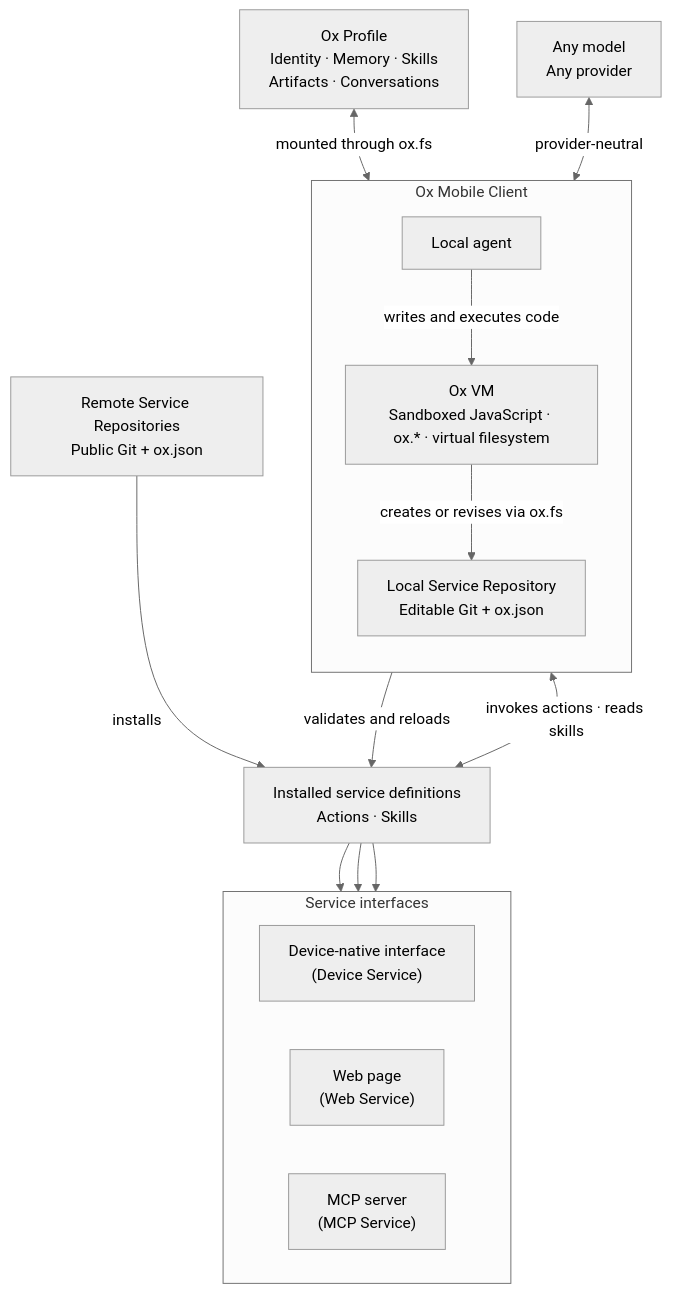
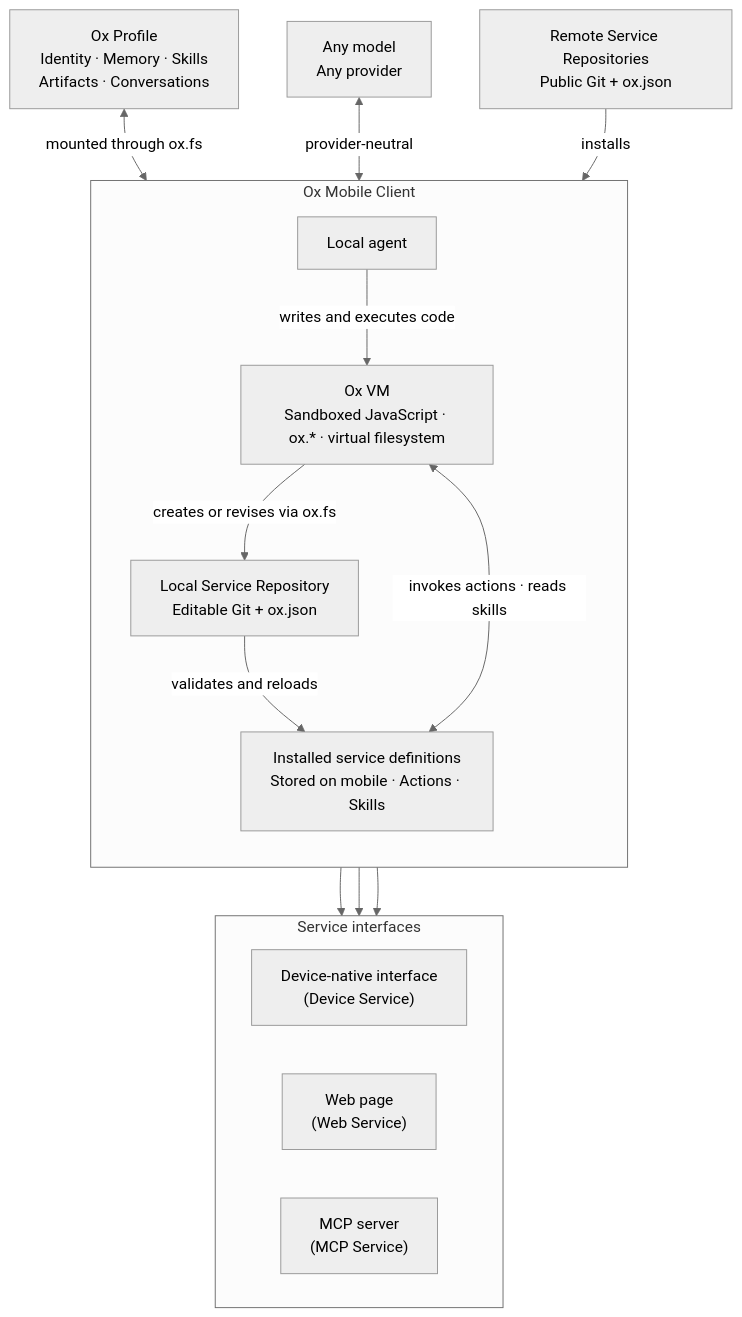
The diagram in README.md (ziyzhu/openox), drawn with Mermaid (neutral theme) before and after one commit.

Commit message:
Clarify service storage architecture

````diff
--- a/README.md
+++ b/README.md
@@ -13,33 +13,32 @@
 ```mermaid
 flowchart TB
     Profile["Ox Profile<br/>Identity · Memory · Skills<br/>Artifacts · Conversations"]
     Model["Any model<br/>Any provider"]
     Remote["Remote Service Repositories<br/>Public Git + ox.json"]
 
     subgraph Client["Ox Mobile Client"]
         direction TB
         Agent["Local agent"]
         VM["Ox VM<br/>Sandboxed JavaScript · ox.* · virtual filesystem"]
         Local["Local Service Repository<br/>Editable Git + ox.json"]
+        Services["Installed service definitions<br/>Stored on mobile · Actions · Skills"]
         Agent -->|"writes and executes code"| VM
         VM -->|"creates or revises via ox.fs"| Local
     end
-
-    Services["Installed service definitions<br/>Actions · Skills"]
 
     subgraph Interfaces["Service interfaces"]
         direction LR
         Device["Device-native interface<br/>(Device Service)"]
         Web["Web page<br/>(Web Service)"]
         MCP["MCP server<br/>(MCP Service)"]
     end
 
     Profile <-->|"mounted through ox.fs"| VM
     Model <-->|"provider-neutral"| Agent
     Remote -->|"installs"| Services
     Local -->|"validates and reloads"| Services
     VM <-->|"invokes actions · reads skills"| Services
     Services --> Device
     Services --> Web
     Services --> MCP
 ```
````
